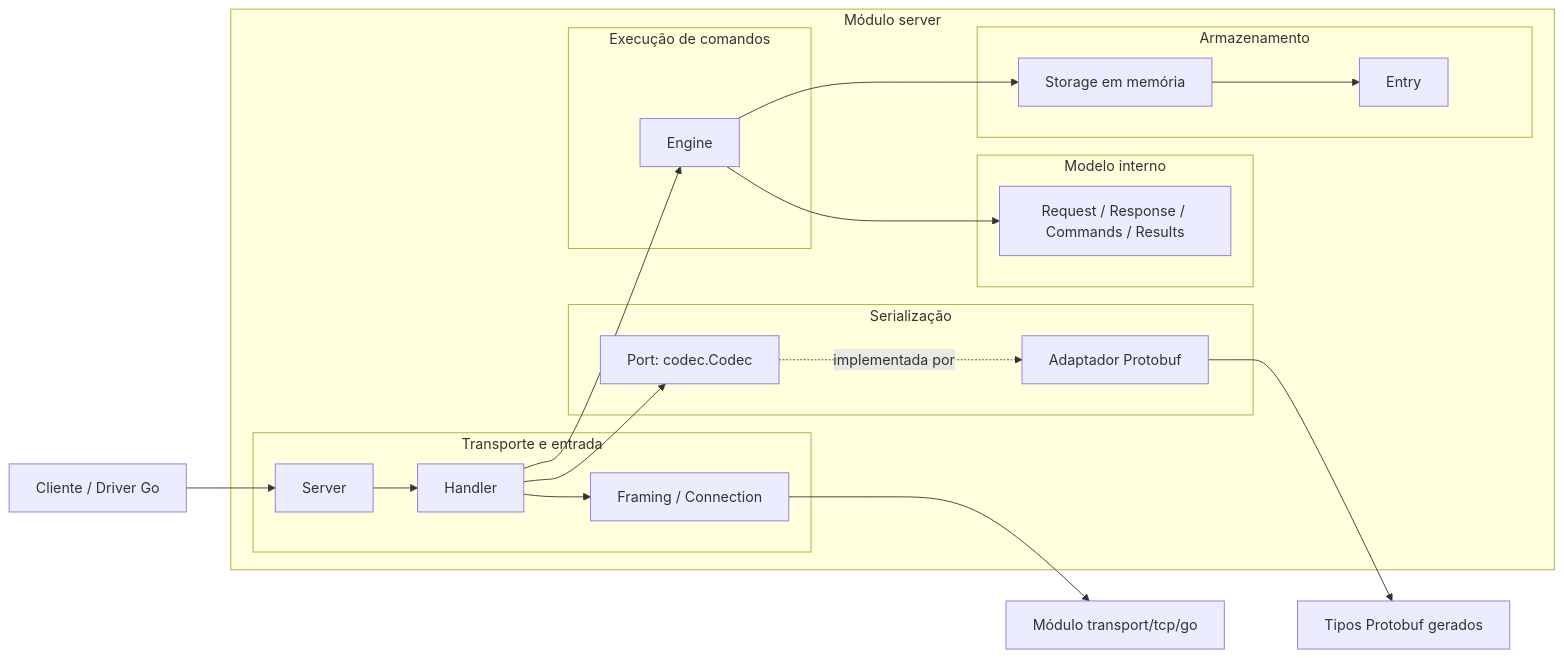
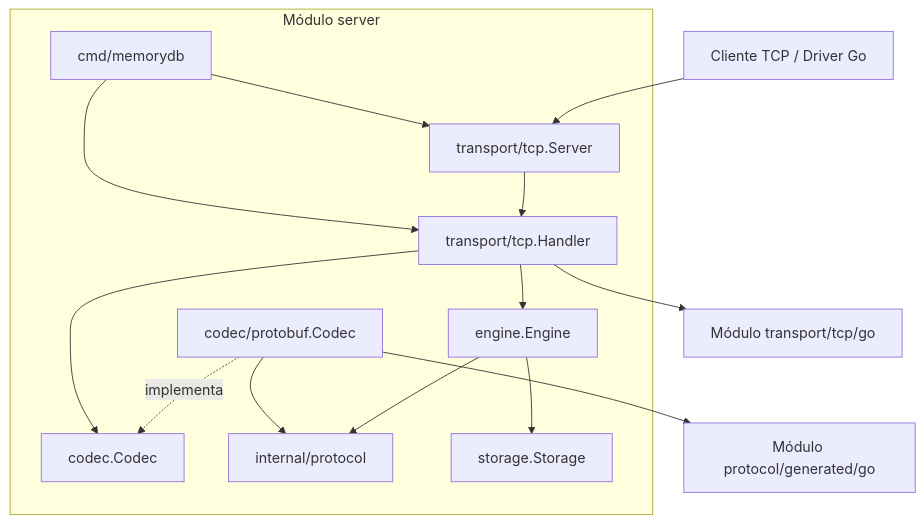
One commit to pescador95/memorydb changed the second of 3 diagrams in docs/tecnica/ARQUITETURA.md. Above: the diagram before and after it, drawn with Mermaid. The commit also changed other lines of this file and 4 other files, not shown here.

````diff
--- a/docs/tecnica/ARQUITETURA.md
+++ b/docs/tecnica/ARQUITETURA.md
@@ -56,45 +75,32 @@
 ```mermaid
-flowchart LR
-    Client["Cliente / Driver Go"]
+flowchart TB
+    Client["Cliente TCP / Driver Go"]
 
     subgraph Server["Módulo server"]
-        subgraph Transport["Transporte e entrada"]
-            TCPServer["Server"]
-            Handler["Handler"]
-            Framing["Framing / Connection"]
-        end
-
-        subgraph Serialization["Serialização"]
-            CodecPort["Port: codec.Codec"]
-            ProtoCodec["Adaptador Protobuf"]
-        end
-
-        subgraph Application["Execução de comandos"]
-            Engine["Engine"]
-        end
-
-        subgraph InternalModel["Modelo interno"]
-            Protocol["Request / Response / Commands / Results"]
-        end
-
-        subgraph StorageLayer["Armazenamento"]
-            Storage["Storage em memória"]
-            Entry["Entry"]
-        end
+        Entry["cmd/memorydb"]
+        TCPServer["transport/tcp.Server"]
+        Handler["transport/tcp.Handler"]
+        CodecPort["codec.Codec"]
+        ProtoCodec["codec/protobuf.Codec"]
+        Engine["engine.Engine"]
+        Model["internal/protocol"]
+        Storage["storage.Storage"]
     end
 
-    ProtoTypes["Tipos Protobuf gerados"]
     TCPModule["Módulo transport/tcp/go"]
+    Generated["Módulo protocol/generated/go"]
+
+    Entry --> TCPServer
+    Entry --> Handler
+    TCPServer --> Handler
+    Handler --> TCPModule
+    Handler --> CodecPort
+    Handler --> Engine
+    ProtoCodec -. implementa .-> CodecPort
+    ProtoCodec --> Model
+    ProtoCodec --> Generated
+    Engine --> Model
+    Engine --> Storage
 
     Client --> TCPServer
-    TCPServer --> Handler
-    Handler --> Framing
-    Framing --> TCPModule
-    Handler --> CodecPort
-    CodecPort -. implementada por .-> ProtoCodec
-    ProtoCodec --> ProtoTypes
-    Handler --> Engine
-    Engine --> Protocol
-    Engine --> Storage
-    Storage --> Entry
 ```
````
